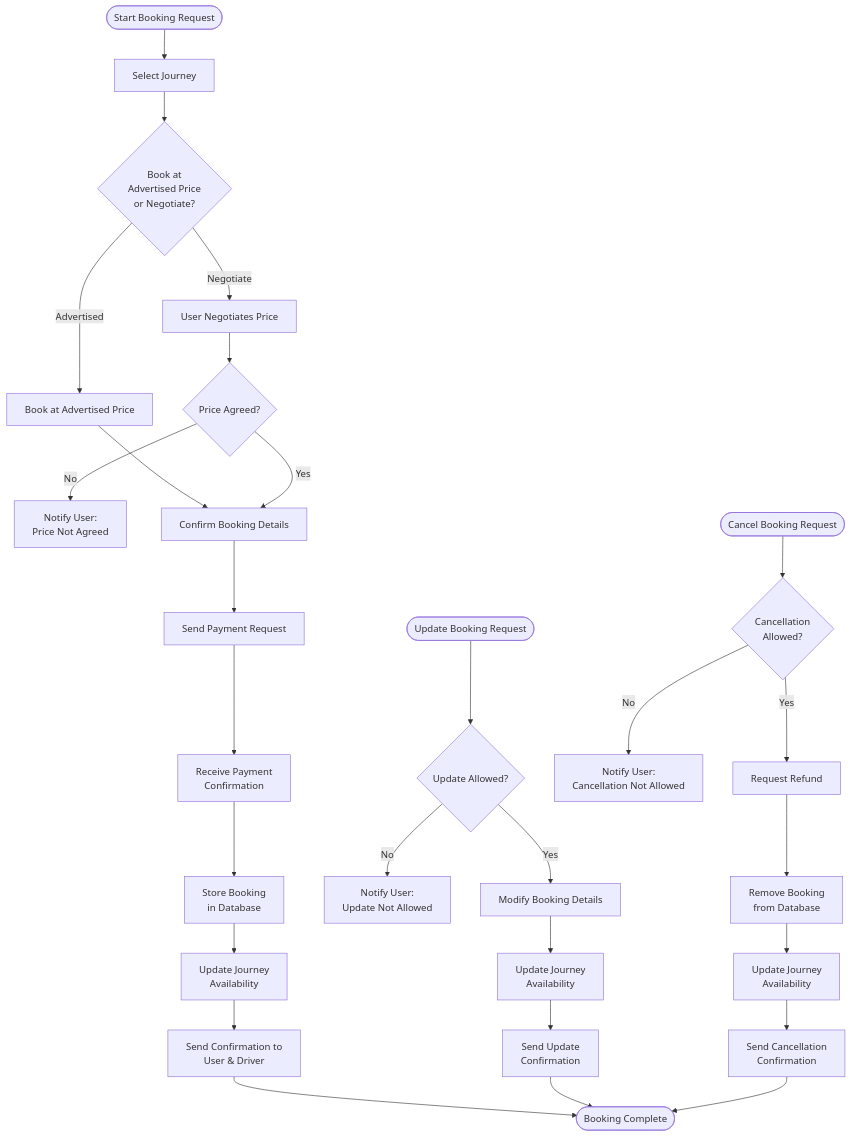
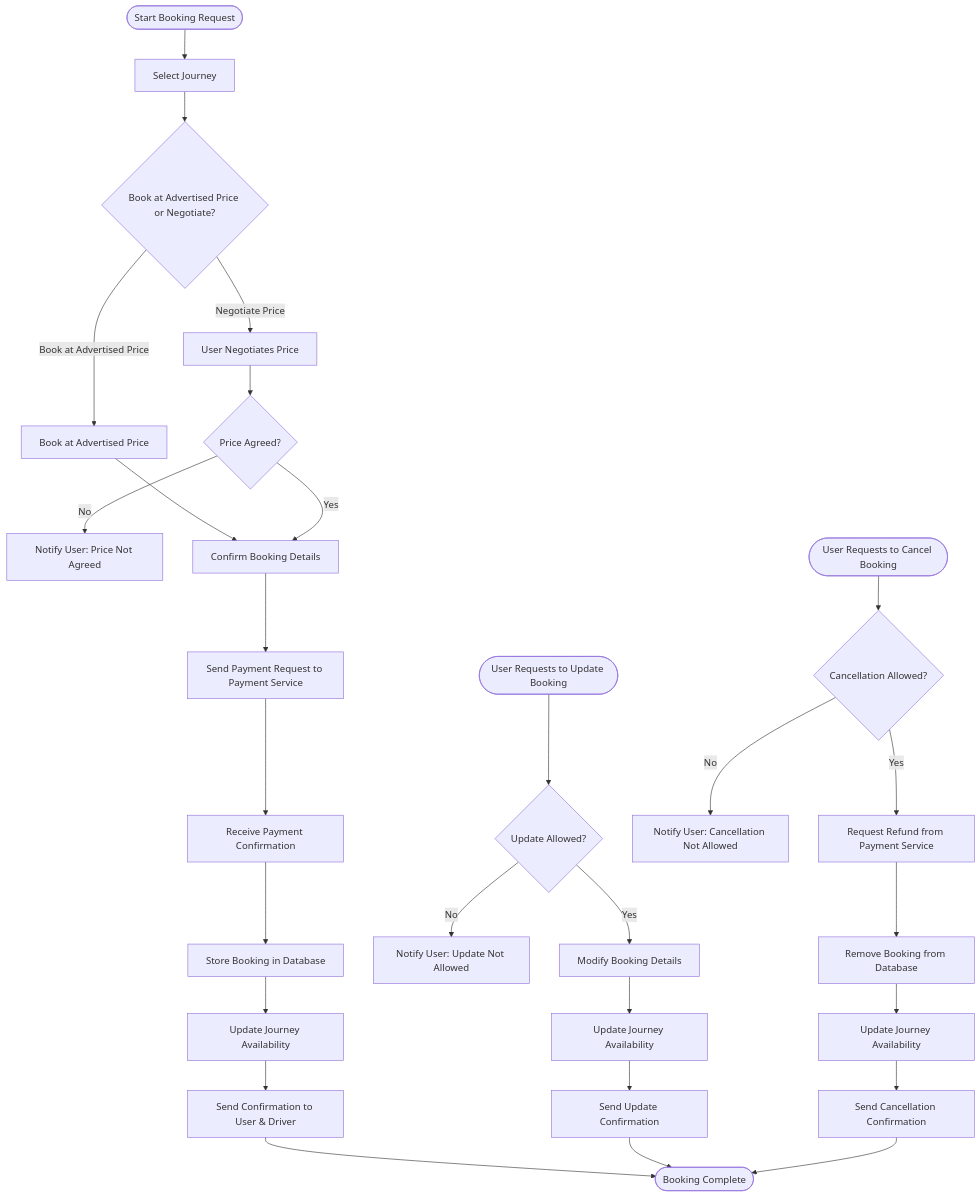
The diagram in Pendo.BookingService/README.md (COMP2913-24-25/Pendolare), drawn with Mermaid before and after one commit.

Commit message:
Final change to preserve content

````diff
--- a/Pendo.BookingService/README.md
+++ b/Pendo.BookingService/README.md
@@ -14,62 +14,62 @@
 ```mermaid
 flowchart TD
     Start(["Start Booking Request"])
     SelectJourney["Select Journey"]
-    ChoosePriceOption{"Book at\nAdvertised Price\nor Negotiate?"}
+    ChoosePriceOption{"Book at Advertised Price or Negotiate?"}
     AdvertisedPrice["Book at Advertised Price"]
     HagglePrice["User Negotiates Price"]
     PriceAgreement{"Price Agreed?"}
-    PriceDenied["Notify User:\nPrice Not Agreed"]
+    PriceDenied["Notify User: Price Not Agreed"]
     ConfirmDetails["Confirm Booking Details"]
-    SendToPayment["Send Payment Request"]
-    PaymentConfirmed["Receive Payment\nConfirmation"]
-    StoreBooking["Store Booking\nin Database"]
-    UpdateSeats["Update Journey\nAvailability"]
-    Notify["Send Confirmation to\nUser & Driver"]
+    SendToPayment["Send Payment Request to Payment Service"]
+    PaymentConfirmed["Receive Payment Confirmation"]
+    StoreBooking["Store Booking in Database"]
+    UpdateSeats["Update Journey Availability"]
+    Notify["Send Confirmation to User & Driver"]
     End(["Booking Complete"])
 
-    UpdateStart(["Update Booking Request"])
+    UpdateStart(["User Requests to Update Booking"])
     CheckUpdate{"Update Allowed?"}
-    UpdateDenied["Notify User:\nUpdate Not Allowed"]
+    UpdateDenied["Notify User: Update Not Allowed"]
     ApplyUpdate["Modify Booking Details"]
-    UpdateSeats2["Update Journey\nAvailability"]
-    NotifyUpdate["Send Update\nConfirmation"]
+    UpdateSeats2["Update Journey Availability"]
+    NotifyUpdate["Send Update Confirmation"]
 
-    CancelStart(["Cancel Booking Request"])
-    CheckCancel{"Cancellation\nAllowed?"}
-    CancelDenied["Notify User:\nCancellation Not Allowed"]
-    ProcessRefund["Request Refund"]
-    RemoveBooking["Remove Booking\nfrom Database"]
-    UpdateSeats3["Update Journey\nAvailability"]
-    NotifyCancel["Send Cancellation\nConfirmation"]
+    CancelStart(["User Requests to Cancel Booking"])
+    CheckCancel{"Cancellation Allowed?"}
+    CancelDenied["Notify User: Cancellation Not Allowed"]
+    ProcessRefund["Request Refund from Payment Service"]
+    RemoveBooking["Remove Booking from Database"]
+    UpdateSeats3["Update Journey Availability"]
+    NotifyCancel["Send Cancellation Confirmation"]
 
     Start --> SelectJourney
     SelectJourney --> ChoosePriceOption
-    ChoosePriceOption -->|"Advertised"| AdvertisedPrice
+    ChoosePriceOption -->|"Book at Advertised Price"| AdvertisedPrice
     AdvertisedPrice --> ConfirmDetails
-    ChoosePriceOption -->|"Negotiate"| HagglePrice
+    ChoosePriceOption -->|"Negotiate Price"| HagglePrice
     HagglePrice --> PriceAgreement
     PriceAgreement -->|"No"| PriceDenied
     PriceAgreement -->|"Yes"| ConfirmDetails
     ConfirmDetails --> SendToPayment
     SendToPayment --> PaymentConfirmed
     PaymentConfirmed --> StoreBooking
     StoreBooking --> UpdateSeats
     UpdateSeats --> Notify
     Notify --> End
 
     UpdateStart --> CheckUpdate
     CheckUpdate -->|"No"| UpdateDenied
     CheckUpdate -->|"Yes"| ApplyUpdate
     ApplyUpdate --> UpdateSeats2
     UpdateSeats2 --> NotifyUpdate
     NotifyUpdate --> End
 
     CancelStart --> CheckCancel
     CheckCancel -->|"No"| CancelDenied
     CheckCancel -->|"Yes"| ProcessRefund
     ProcessRefund --> RemoveBooking
     RemoveBooking --> UpdateSeats3
     UpdateSeats3 --> NotifyCancel
     NotifyCancel --> End
 ```
````
